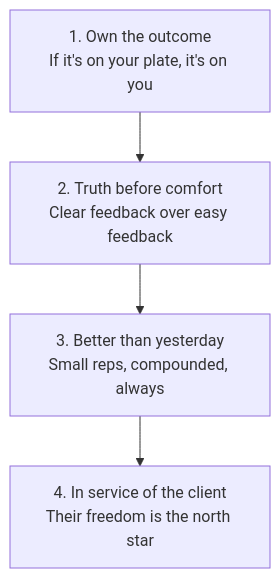
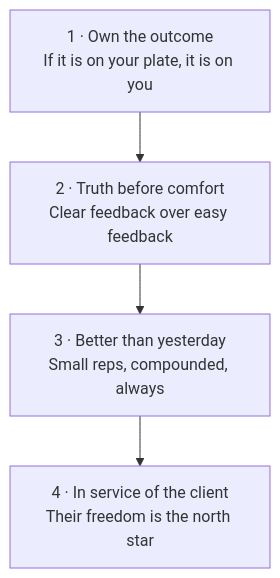
The first of 2 diagrams in docs/first-60-days/week-1/day-01.md (leotansingapore/aia-product-compass-hub), drawn with Mermaid before and after one commit.

Commit message:
Day 1 values diagram now renders — quoted mermaid node labels to escape the apostrophe and bracket characters that broke strict parsing

````diff
--- a/docs/first-60-days/week-1/day-01.md
+++ b/docs/first-60-days/week-1/day-01.md
@@ -58,8 +58,8 @@
 ```mermaid
 flowchart TD
-    V1[1. Own the outcome<br/>If it's on your plate, it's on you]
-    V2[2. Truth before comfort<br/>Clear feedback over easy feedback]
-    V3[3. Better than yesterday<br/>Small reps, compounded, always]
-    V4[4. In service of the client<br/>Their freedom is the north star]
+    V1["1 · Own the outcome<br/>If it is on your plate, it is on you"]
+    V2["2 · Truth before comfort<br/>Clear feedback over easy feedback"]
+    V3["3 · Better than yesterday<br/>Small reps, compounded, always"]
+    V4["4 · In service of the client<br/>Their freedom is the north star"]
     V1 --> V2 --> V3 --> V4
 ```
````
